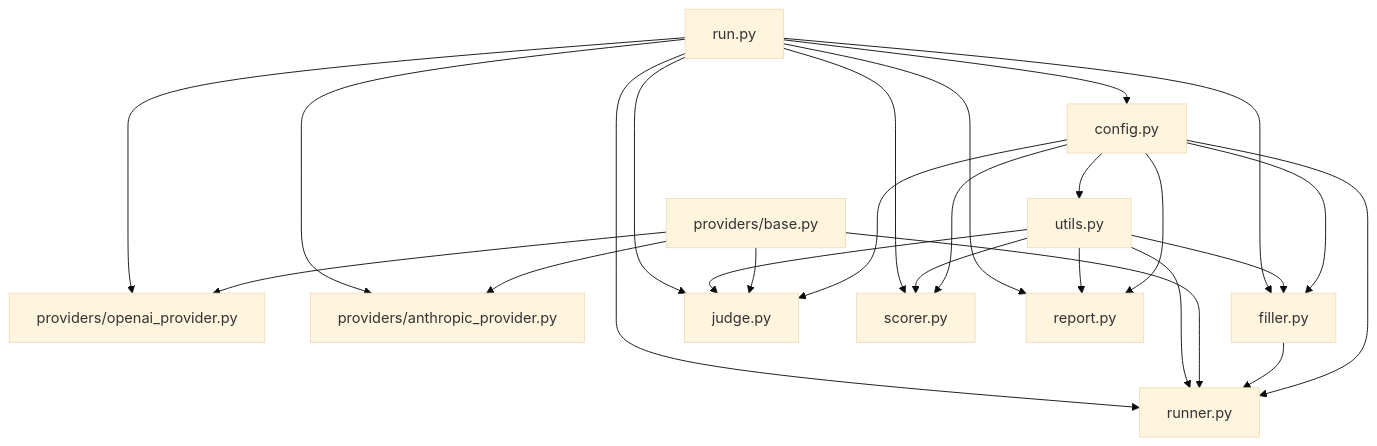
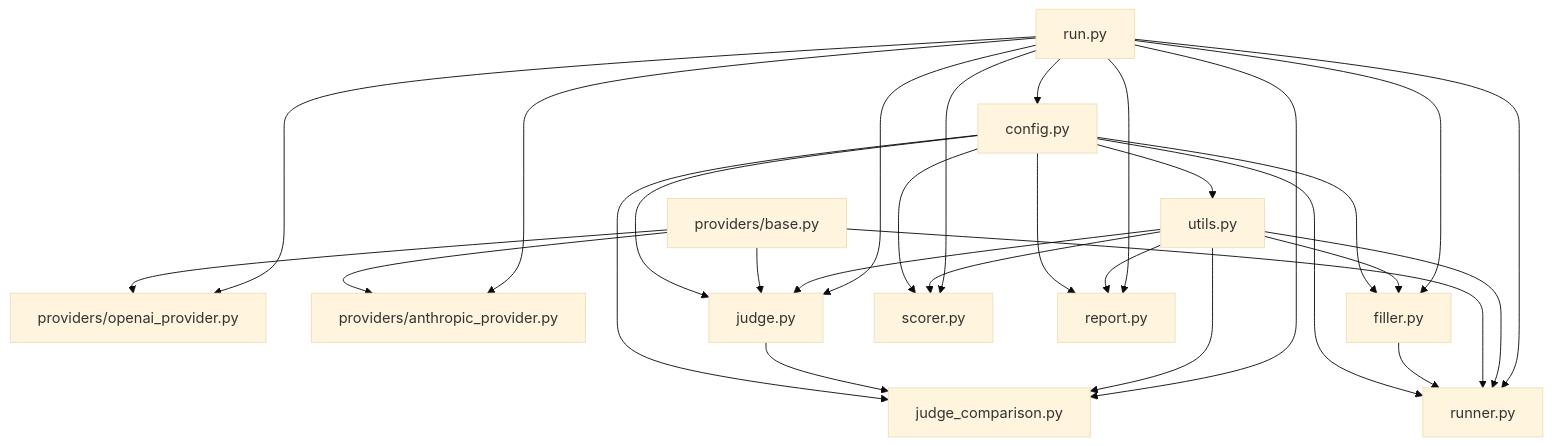
One commit to bgigurtsis/HalfLifeBench changed the third of 3 diagrams in ARCHITECTURE.md. Above: the diagram before and after it, drawn with Mermaid (base theme). The commit also changed other lines of this file and 1 other file, not shown here.

Commit message:
Sync README and ARCHITECTURE docs to current codebase state

````diff
--- a/ARCHITECTURE.md
+++ b/ARCHITECTURE.md
@@ -141,40 +147,45 @@
 ```mermaid
 flowchart TD
     config["config.py"]
     utils["utils.py"]
     base["providers/base.py"]
     oai["providers/openai_provider.py"]
     anth["providers/anthropic_provider.py"]
     filler["filler.py"]
     runner["runner.py"]
     judge["judge.py"]
+    jcomp["judge_comparison.py"]
     scorer["scorer.py"]
     report["report.py"]
     cli["run.py"]
 
     config --> utils
     base --> oai
     base --> anth
     config --> filler
     utils --> filler
     config --> runner
     filler --> runner
     base --> runner
     utils --> runner
     config --> judge
     base --> judge
     utils --> judge
+    config --> jcomp
+    judge --> jcomp
+    utils --> jcomp
     config --> scorer
     utils --> scorer
     config --> report
     utils --> report
 
     cli --> config
     cli --> filler
     cli --> runner
     cli --> judge
+    cli --> jcomp
     cli --> scorer
     cli --> report
     cli --> oai
     cli --> anth
 ```
````
